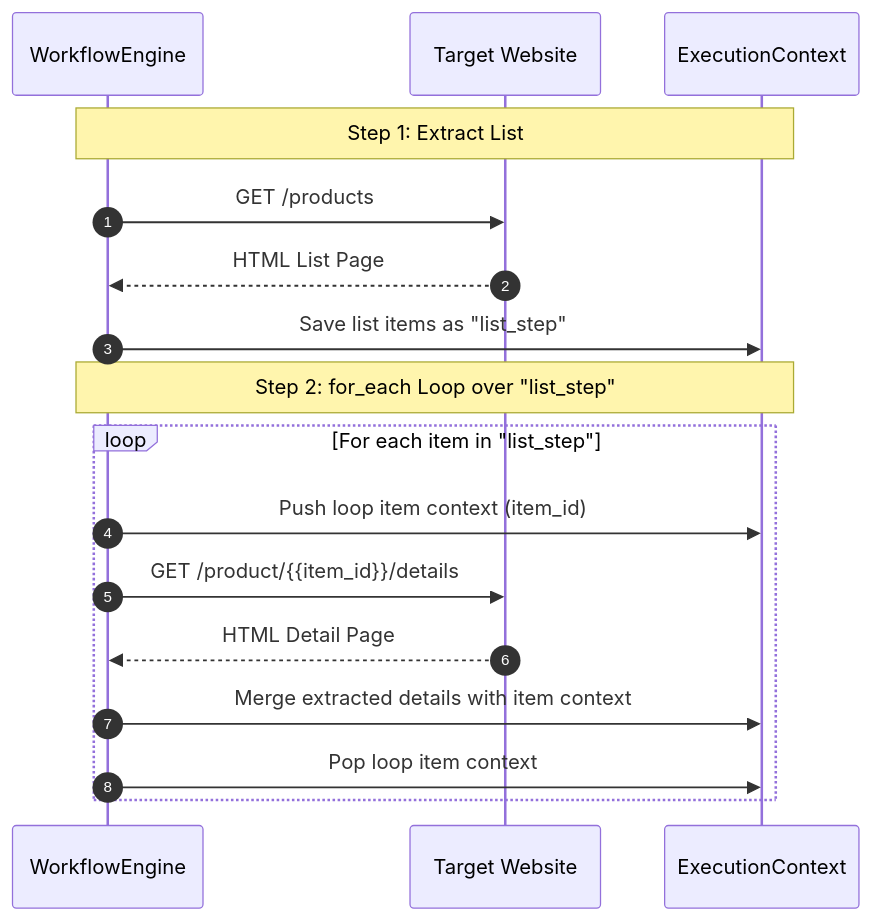
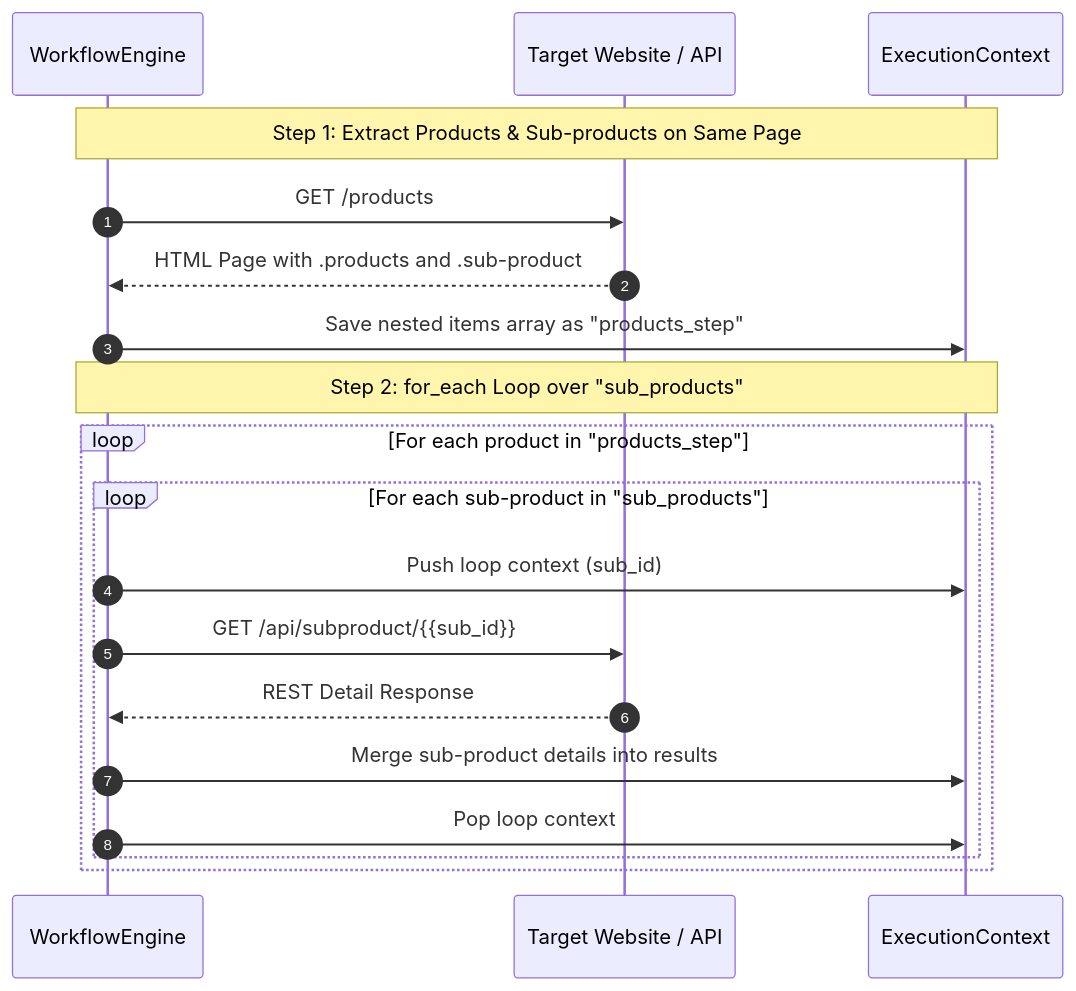
One commit to detobel36/FetchFlow changed the diagram in docs/workflows-and-loops.md. Above: the diagram before and after it, drawn with Mermaid. The commit also changed other lines of this file and 5 other files, not shown here.

First line of the commit message:
Add support for same-page nested loops and nested for_each REST requests (#3)

````diff
--- a/docs/workflows-and-loops.md
+++ b/docs/workflows-and-loops.md
@@ -31,21 +75,23 @@
 ```mermaid
 sequenceDiagram
     autonumber
     participant Engine as WorkflowEngine
-    participant Site as Target Website
+    participant Site as Target Website / API
     participant Context as ExecutionContext
 
-    Note over Engine, Context: Step 1: Extract List
+    Note over Engine, Context: Step 1: Extract Products & Sub-products on Same Page
     Engine->>Site: GET /products
-    Site-->>Engine: HTML List Page
-    Engine->>Context: Save list items as "list_step"
+    Site-->>Engine: HTML Page with .products and .sub-product
+    Engine->>Context: Save nested items array as "products_step"
 
-    Note over Engine, Context: Step 2: for_each Loop over "list_step"
-    loop For each item in "list_step"
-        Engine->>Context: Push loop item context (item_id)
-        Engine->>Site: GET /product/{{item_id}}/details
-        Site-->>Engine: HTML Detail Page
-        Engine->>Context: Merge extracted details with item context
-        Engine->>Context: Pop loop item context
+    Note over Engine, Context: Step 2: for_each Loop over "sub_products"
+    loop For each product in "products_step"
+        loop For each sub-product in "sub_products"
+            Engine->>Context: Push loop context (sub_id)
+            Engine->>Site: GET /api/subproduct/{{sub_id}}
+            Site-->>Engine: REST Detail Response
+            Engine->>Context: Merge sub-product details into results
+            Engine->>Context: Pop loop context
+        end
     end
 ```
````
